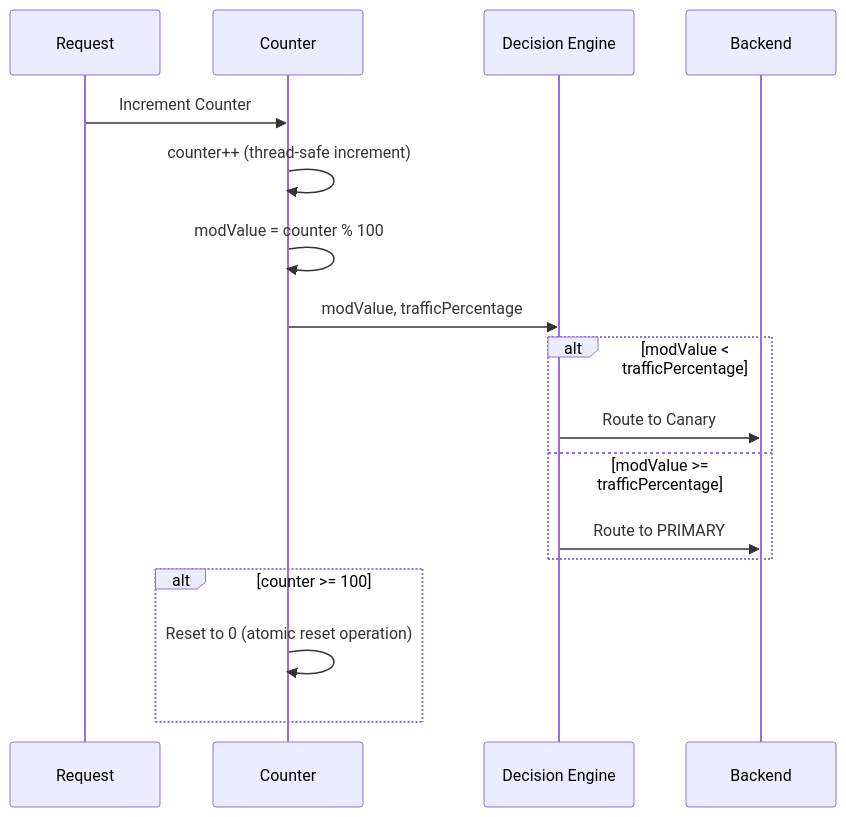
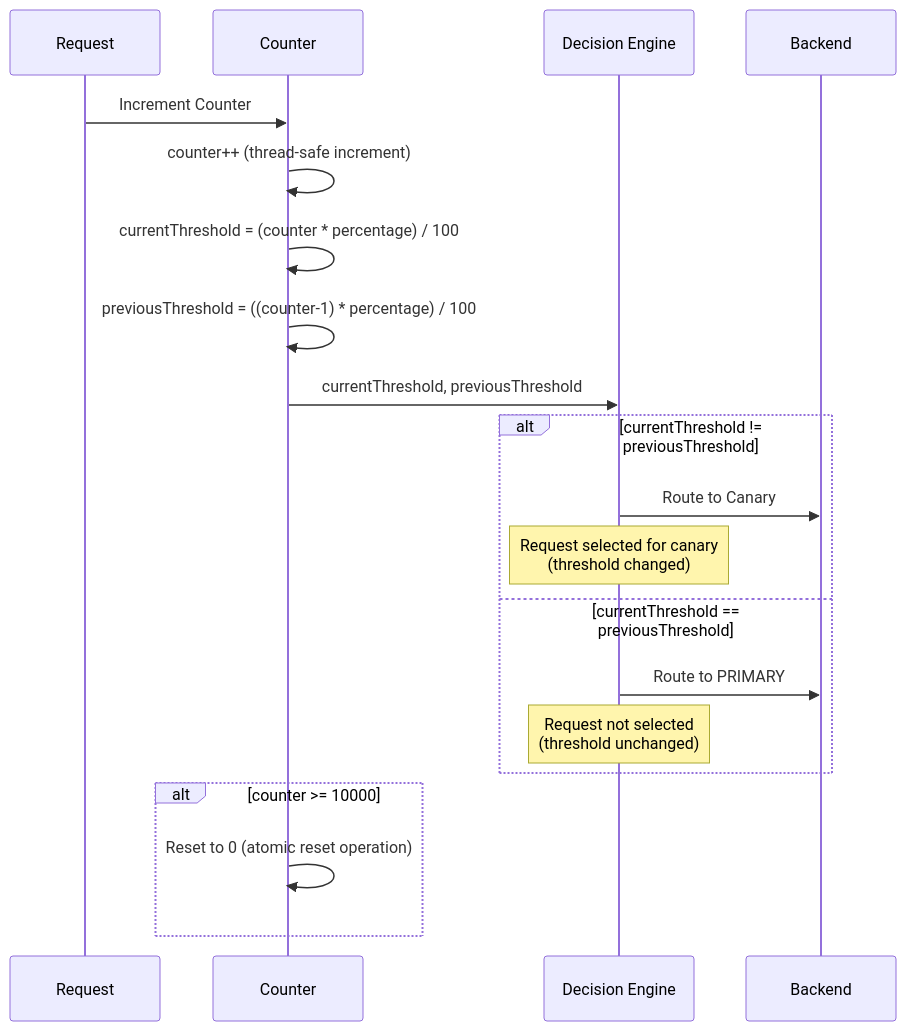
One commit to apinizer/docs changed the first of 4 diagrams in en/develop/routing/canary-and-traffic-mirroring.mdx. Above: the diagram before and after it, drawn with Mermaid. The commit also changed other lines of this file and 1 other file, not shown here.

First line of the commit message:
docs: Canary release için Bresenham-style distribution algoritması ve counter reset mekanizması güncellemeleri

````diff
--- a/en/develop/routing/canary-and-traffic-mirroring.mdx
+++ b/en/develop/routing/canary-and-traffic-mirroring.mdx
@@ -59,22 +83,25 @@
 ```mermaid
 sequenceDiagram
     participant R as Request
     participant C as Counter
     participant D as Decision Engine
     participant BE as Backend
     
     R->>C: Increment Counter
     C->>C: counter++ (thread-safe increment)
-    C->>C: modValue = counter % 100
-    C->>D: modValue, trafficPercentage
+    C->>C: currentThreshold = (counter * percentage) / 100
+    C->>C: previousThreshold = ((counter-1) * percentage) / 100
+    C->>D: currentThreshold, previousThreshold
     
-    alt modValue < trafficPercentage
+    alt currentThreshold != previousThreshold
         D->>BE: Route to Canary
-    else modValue >= trafficPercentage
+        Note over D: Request selected for canary<br/>(threshold changed)
+    else currentThreshold == previousThreshold
         D->>BE: Route to PRIMARY
+        Note over D: Request not selected<br/>(threshold unchanged)
     end
     
-    alt counter >= 100
+    alt counter >= 10000
         C->>C: Reset to 0 (atomic reset operation)
     end
 ```
````
